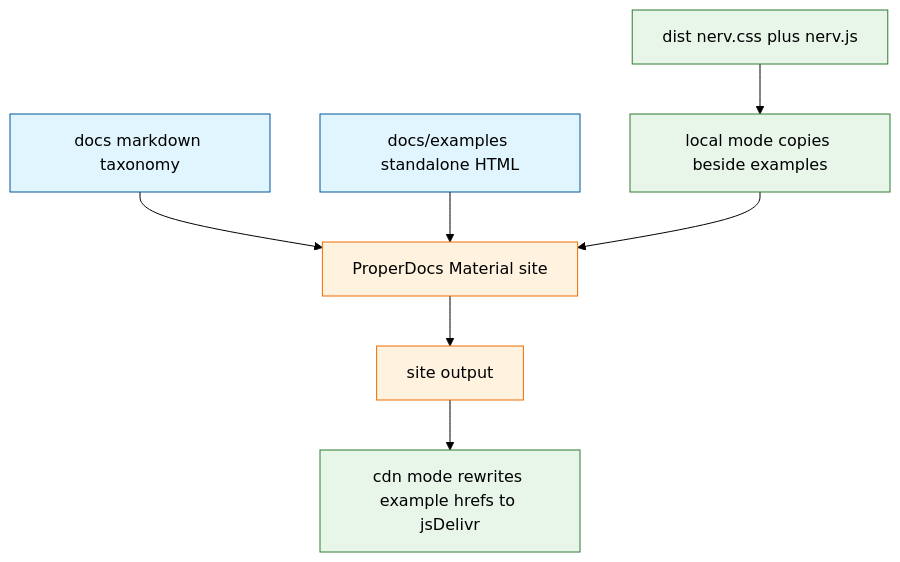
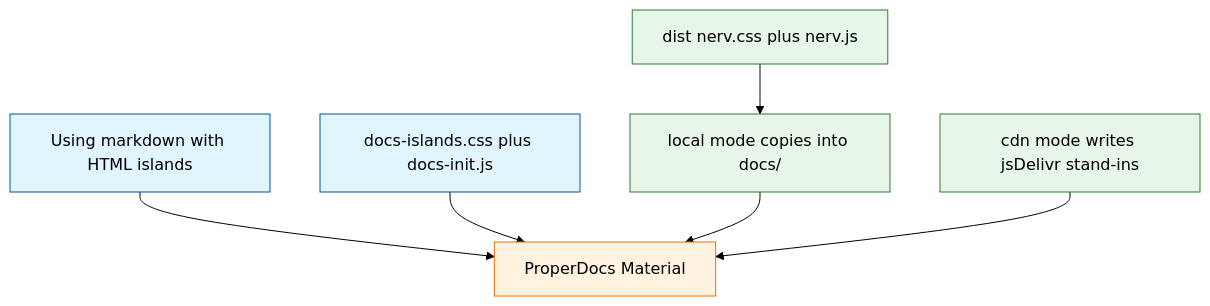
The diagram in memory-bank/active/tasks.md (Texarkanine/nervouscsstem), drawn with Mermaid (forest theme) before and after one commit. The commit also changed other lines of this file and 8 other files, not shown here.

````diff
--- a/memory-bank/active/tasks.md
+++ b/memory-bank/active/tasks.md
@@ -15,13 +15,12 @@
 ```mermaid
 graph TD
     classDef docs fill:#e1f5fe,stroke:#01579b;
     classDef assets fill:#e8f5e9,stroke:#2e7d32;
     classDef site fill:#fff3e0,stroke:#ef6c00;
 
-    Docs["docs markdown taxonomy"]:::docs --> PD["ProperDocs Material site"]:::site
-    Ex["docs/examples standalone HTML"]:::docs --> PD
-    Dist["dist nerv.css plus nerv.js"]:::assets --> Local["local mode copies beside examples"]:::assets
+    Md["Using markdown with HTML islands"]:::docs --> PD["ProperDocs Material"]:::site
+    Chrome["docs-islands.css plus docs-init.js"]:::docs --> PD
+    Dist["dist nerv.css plus nerv.js"]:::assets --> Local["local mode copies into docs/"]:::assets
     Local --> PD
-    PD --> Site["site output"]:::site
-    Site --> Cdn["cdn mode rewrites example hrefs to jsDelivr"]:::assets
+    Cdn["cdn mode writes jsDelivr stand-ins"]:::assets --> PD
 ```
````
